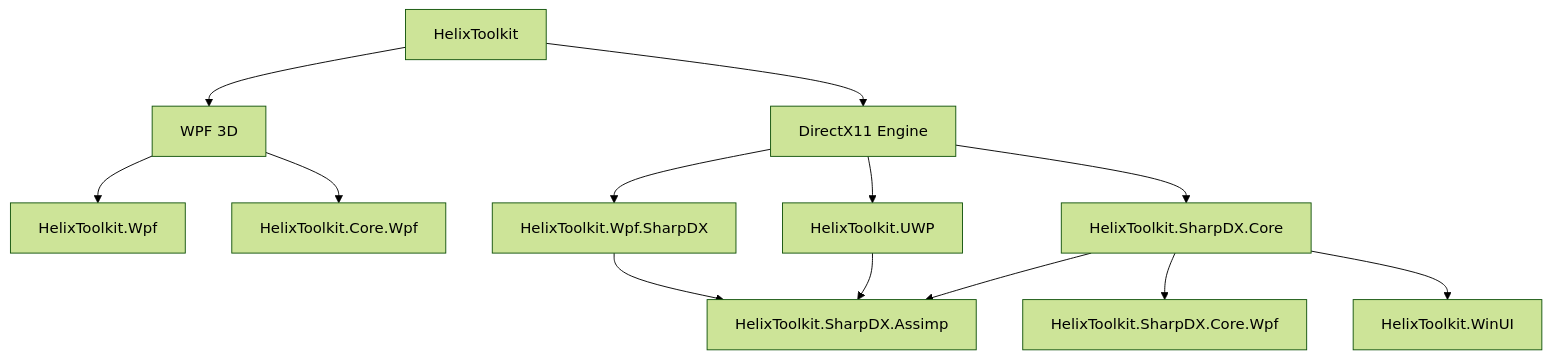
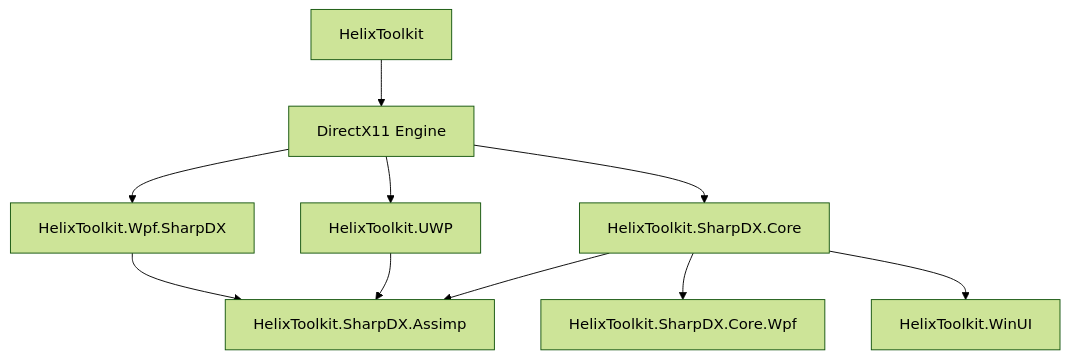
Before and after one commit to helix-toolkit/helix-toolkit: the second of 2 diagrams in README.md, drawn with Mermaid (forest theme). The commit also changed other lines of this file, not shown here.

````diff
--- a/README.md
+++ b/README.md
@@ -74,15 +83,12 @@
 ```mermaid
 graph TD
-    hx[HelixToolkit] --> wpfdx9[WPF 3D]
-    hx --> dx11[DirectX11 Engine]
-    wpfdx9 --> hxWpf[HelixToolkit.Wpf]
-    wpfdx9 --> hxCoreWpf[HelixToolkit.Core.Wpf]
+    hx[HelixToolkit] --> dx11[DirectX11 Engine]    
     dx11 --> hxSharpDX[HelixToolkit.Wpf.SharpDX]
     dx11 --> hxUWP[HelixToolkit.UWP]
     dx11 --> hxCore[HelixToolkit.SharpDX.Core]
     hxCore --> hxWinUI[HelixToolkit.SharpDX.Core.Wpf]
     hxCore --> hxSharpDXCoreWpf[HelixToolkit.WinUI]
     hxSharpDX --> hxAssimp[HelixToolkit.SharpDX.Assimp]
     hxUWP --> hxAssimp
     hxCore --> hxAssimp
 ```
````
